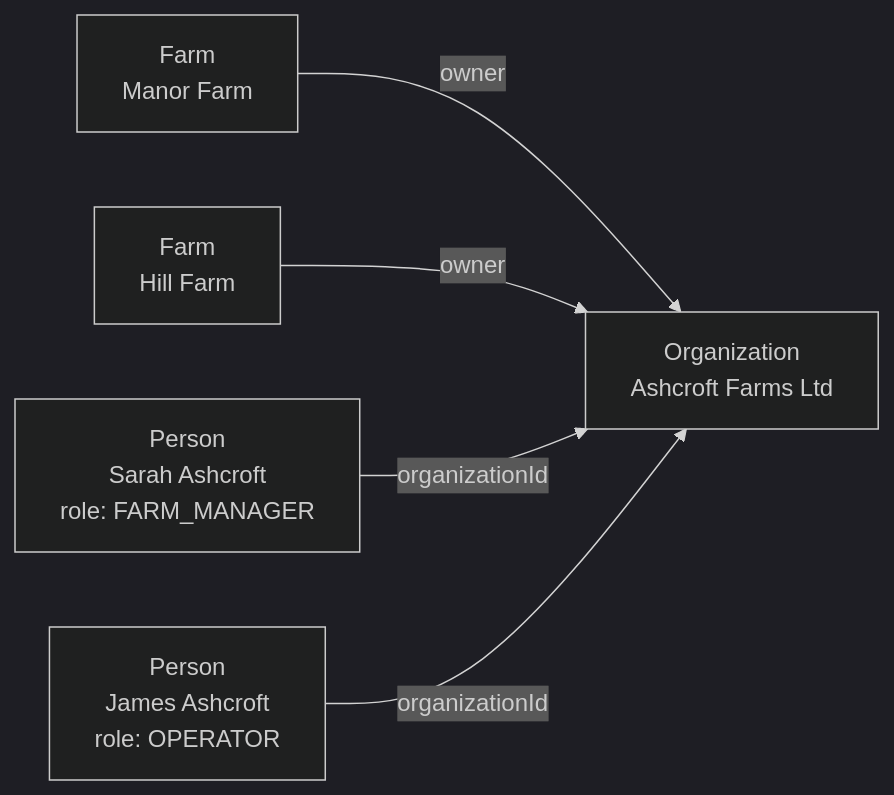
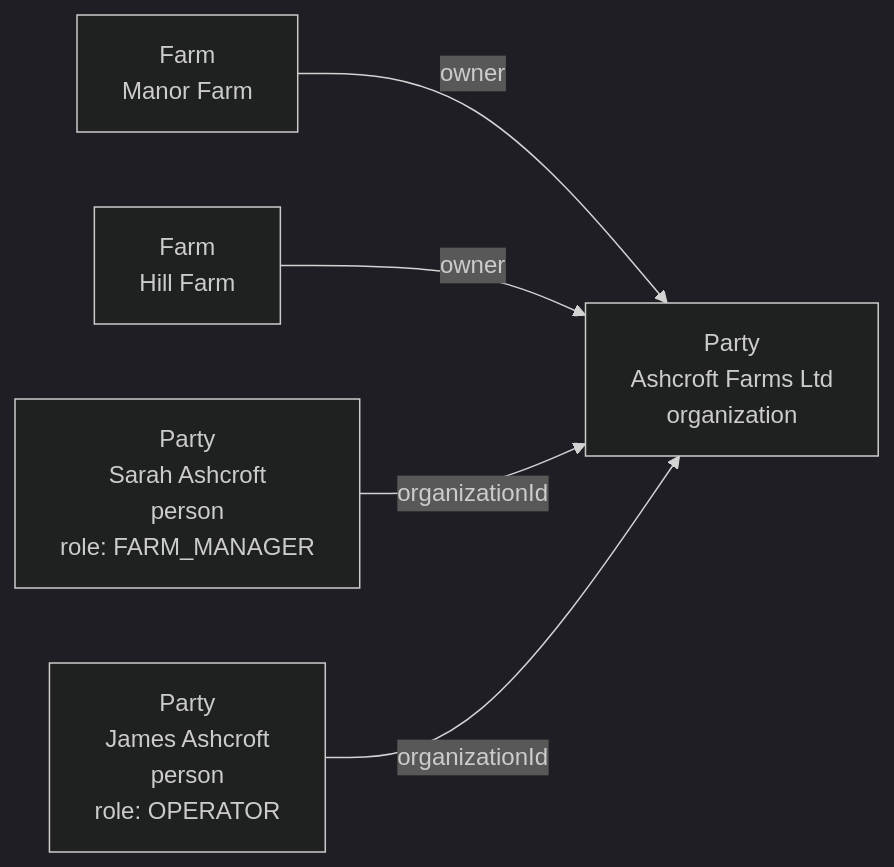
The third of 6 diagrams in architecture/08-party-model.md (DKE-Data/masterdata-sync-working-group), drawn with Mermaid (dark theme) before and after one commit. The commit also changed other lines of this file and 8 other files, not shown here.

Commit message:
spec: conflate person and organization into party entity

````diff
--- a/architecture/08-party-model.md
+++ b/architecture/08-party-model.md
@@ -104,7 +124,7 @@
 ```mermaid
 flowchart LR
-    F1["Farm \n Manor Farm"] -->|"owner"| O["Organization \n Ashcroft Farms Ltd"]
+    F1["Farm \n Manor Farm"] -->|"owner"| O["Party \n Ashcroft Farms Ltd \n organization"]
     F2["Farm \n Hill Farm"] -->|"owner"| O
-    P1["Person \n Sarah Ashcroft \n role: FARM_MANAGER"] -->|"organizationId"| O
-    P2["Person \n James Ashcroft \n role: OPERATOR"] -->|"organizationId"| O
+    P1["Party \n Sarah Ashcroft \n person \n role: FARM_MANAGER"] -->|"organizationId"| O
+    P2["Party \n James Ashcroft \n person \n role: OPERATOR"] -->|"organizationId"| O
 ```
````
